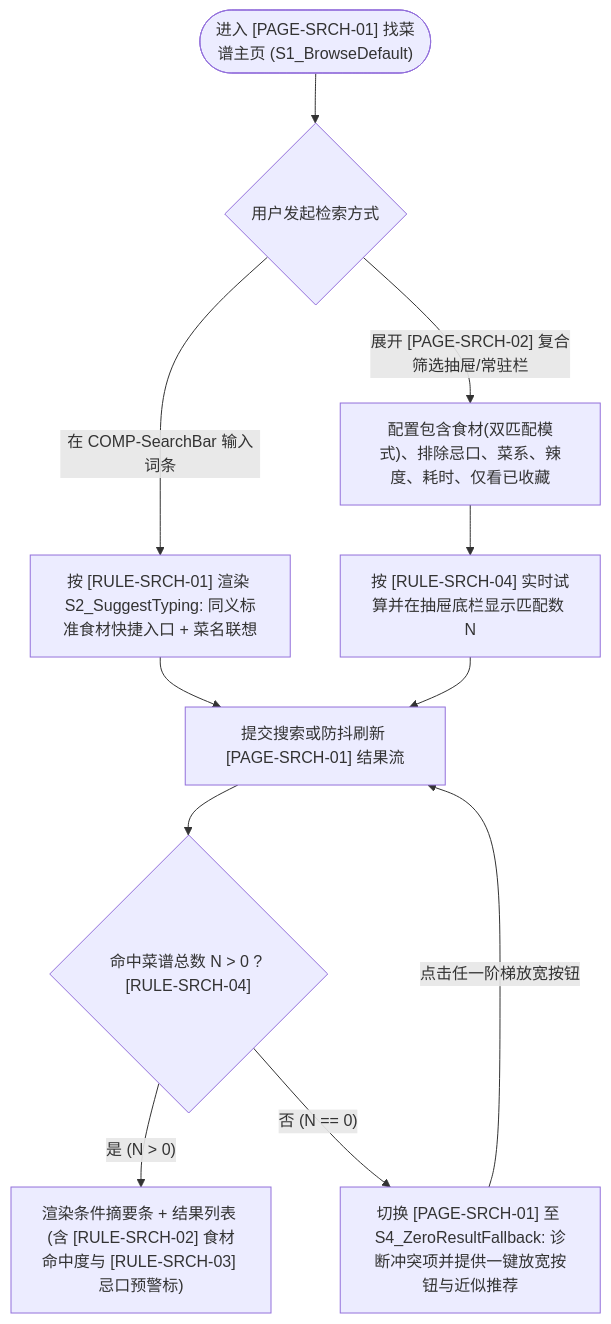
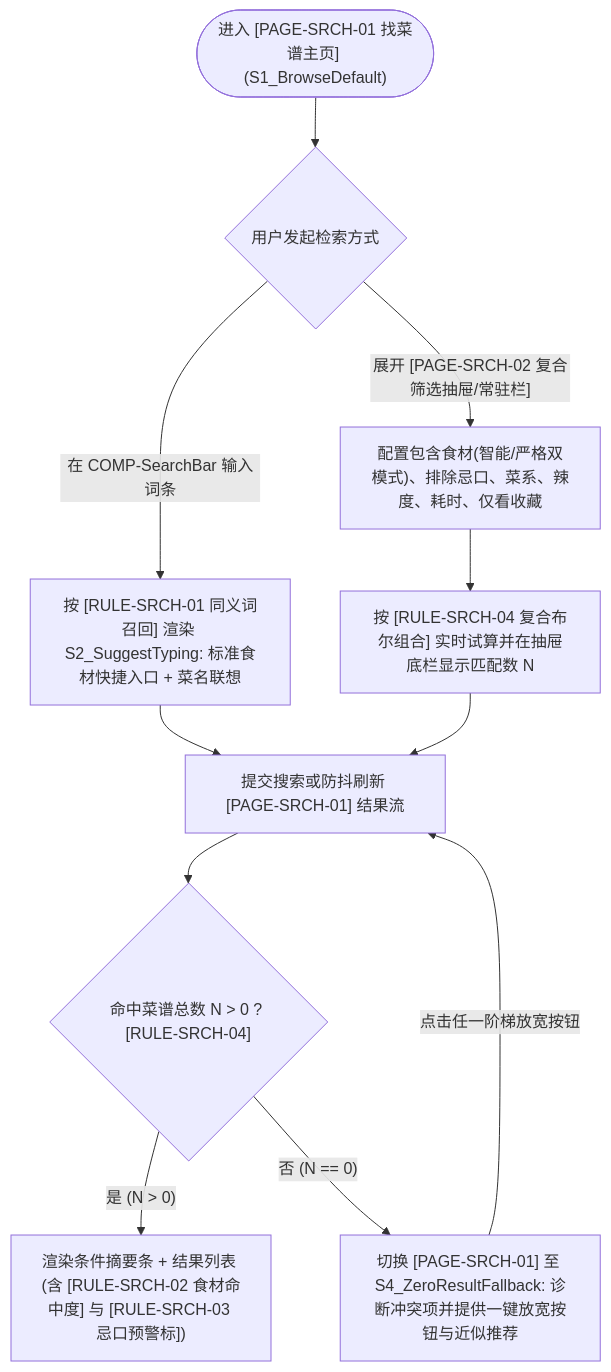
Before and after one commit to icecream154/Cookbook: the first of 2 diagrams in Product/spec/04-ia-and-flows/flows/search-and-collection.md, drawn with Mermaid. The commit also changed other lines of this file and 43 other files, not shown here.

````diff
--- a/Product/spec/04-ia-and-flows/flows/search-and-collection.md
+++ b/Product/spec/04-ia-and-flows/flows/search-and-collection.md
@@ -11,14 +13,14 @@
 ```mermaid
 flowchart TD
-    OPEN(["进入 [PAGE-SRCH-01] 找菜谱主页 (S1_BrowseDefault)"]) --> INPUT_OR_FILTER{"用户发起检索方式"}
-    INPUT_OR_FILTER -- "在 COMP-SearchBar 输入词条" --> SUGGEST["按 [RULE-SRCH-01] 渲染 S2_SuggestTyping: 同义标准食材快捷入口 + 菜名联想"]
-    INPUT_OR_FILTER -- "展开 [PAGE-SRCH-02] 复合筛选抽屉/常驻栏" --> CONFIG_F["配置包含食材(双匹配模式)、排除忌口、菜系、辣度、耗时、仅看已收藏"]
+    OPEN(["进入 [PAGE-SRCH-01 找菜谱主页] (S1_BrowseDefault)"]) --> INPUT_OR_FILTER{"用户发起检索方式"}
+    INPUT_OR_FILTER -- "在 COMP-SearchBar 输入词条" --> SUGGEST["按 [RULE-SRCH-01 同义词召回] 渲染 S2_SuggestTyping: 标准食材快捷入口 + 菜名联想"]
+    INPUT_OR_FILTER -- "展开 [PAGE-SRCH-02 复合筛选抽屉/常驻栏]" --> CONFIG_F["配置包含食材(智能/严格双模式)、排除忌口、菜系、辣度、耗时、仅看收藏"]
 
-    CONFIG_F --> PREVIEW_N["按 [RULE-SRCH-04] 实时试算并在抽屉底栏显示匹配数 N"]
+    CONFIG_F --> PREVIEW_N["按 [RULE-SRCH-04 复合布尔组合] 实时试算并在抽屉底栏显示匹配数 N"]
     SUGGEST & PREVIEW_N --> EXEC["提交搜索或防抖刷新 [PAGE-SRCH-01] 结果流"]
 
     EXEC --> CHECK_N{"命中菜谱总数 N > 0 ? [RULE-SRCH-04]"}
-    CHECK_N -- "是 (N > 0)" --> RENDER_LIST["渲染条件摘要条 + 结果列表 (含 [RULE-SRCH-02] 食材命中度与 [RULE-SRCH-03] 忌口预警标)"]
+    CHECK_N -- "是 (N > 0)" --> RENDER_LIST["渲染条件摘要条 + 结果列表 (含 [RULE-SRCH-02 食材命中度] 与 [RULE-SRCH-03 忌口预警标])"]
     CHECK_N -- "否 (N == 0)" --> FALLBACK["切换 [PAGE-SRCH-01] 至 S4_ZeroResultFallback: 诊断冲突项并提供一键放宽按钮与近似推荐"]
     FALLBACK -- "点击任一阶梯放宽按钮" --> EXEC
 ```
````
